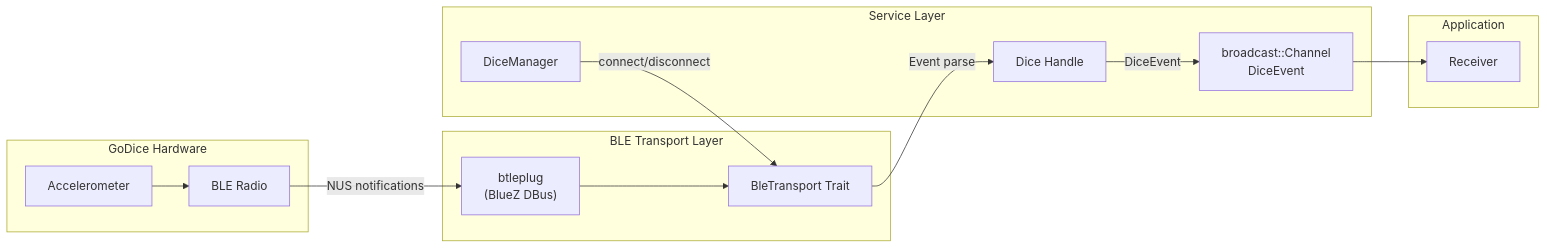
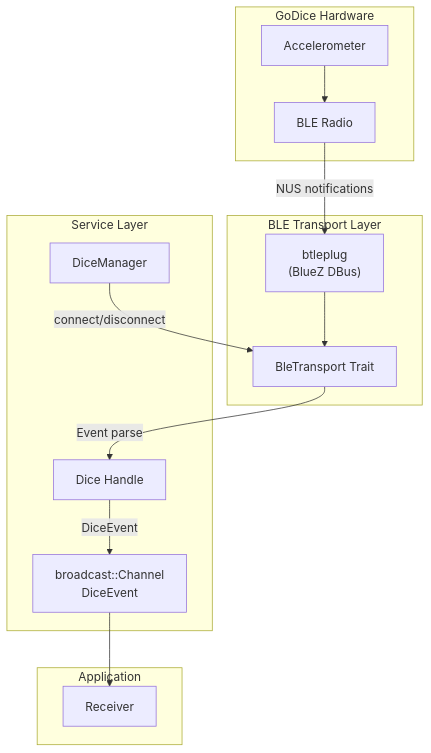
The diagram in book/src/architecture.md (smearor/dice-rs), drawn with Mermaid before and after one commit.

Commit message:
Diagram direction

````diff
--- a/book/src/architecture.md
+++ b/book/src/architecture.md
@@ -52,32 +52,32 @@
 ```mermaid
-flowchart LR
+flowchart TD
     subgraph Dice["GoDice Hardware"]
         accel["Accelerometer"]
         ble_radio["BLE Radio"]
     end
 
     subgraph Transport["BLE Transport Layer"]
         btleplug["btleplug
         (BlueZ DBus)"]
         trait["BleTransport Trait"]
     end
 
     subgraph Service["Service Layer"]
         manager["DiceManager"]
         dice["Dice Handle"]
         channel["broadcast::Channel
         DiceEvent"]
     end
 
     subgraph Consumer["Application"]
         recv["Receiver"]
     end
 
     accel --> ble_radio
     ble_radio -->|NUS notifications| btleplug
     btleplug --> trait
     trait -->|Event parse| dice
     dice -->|DiceEvent| channel
     channel --> recv
     manager -->|connect/disconnect| trait
 ```
````
